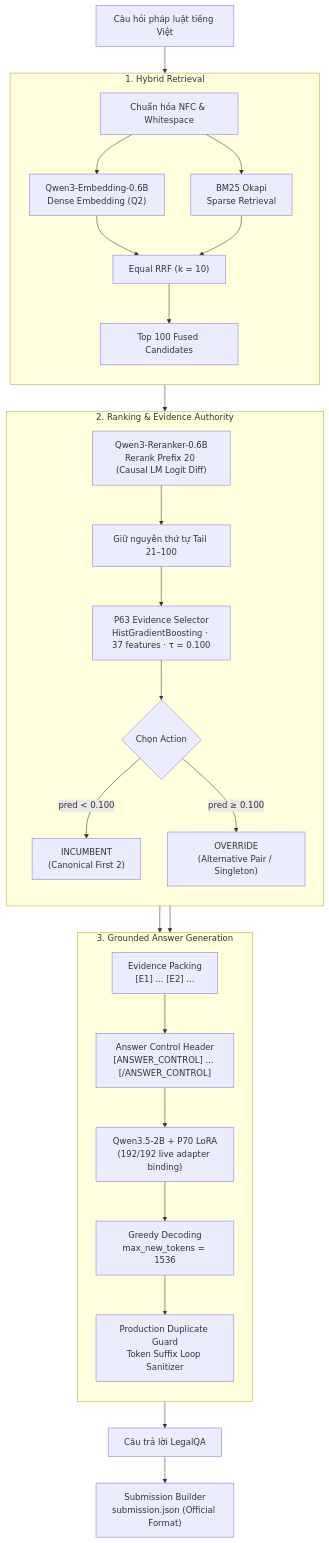
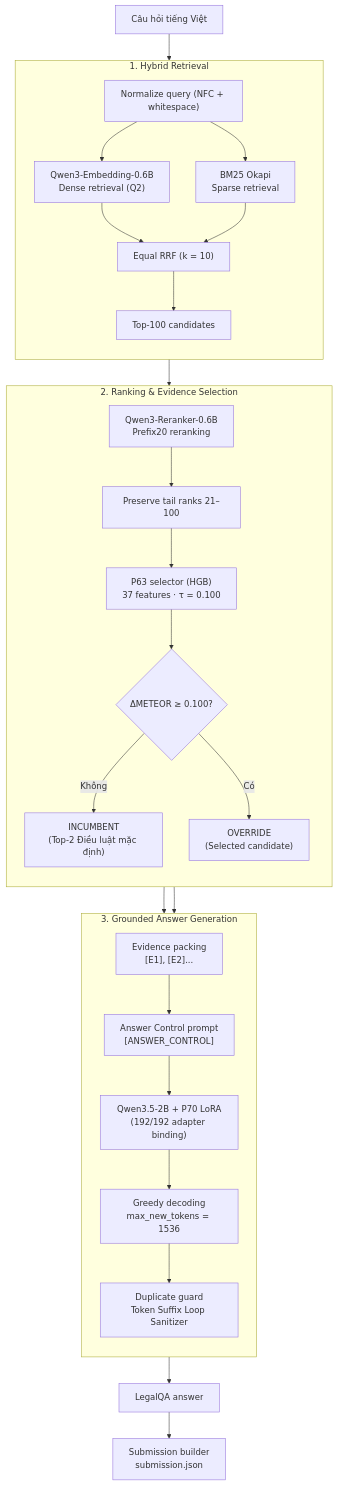
The diagram in docs/diagrams/architecture.mmd (Chef221/DSC-LegalQA), drawn with Mermaid before and after one commit. The commit also changed 12 other files, not shown here.

```diff
--- a/docs/diagrams/architecture.mmd
+++ b/docs/diagrams/architecture.mmd
@@ -1,55 +1,55 @@
 flowchart TD
-    Q["Câu hỏi pháp luật tiếng Việt"] --> SUB1
+    Q["Câu hỏi tiếng Việt"] --> SUB1
 
     subgraph SUB1["1. Hybrid Retrieval"]
         direction TB
-        NORM["Chuẩn hóa NFC & Whitespace"]
-        DENSE["Qwen3-Embedding-0.6B<br/>Dense Embedding (Q2)"]
-        SPARSE["BM25 Okapi<br/>Sparse Retrieval"]
+        NORM["Normalize query (NFC + whitespace)"]
+        DENSE["Qwen3-Embedding-0.6B<br/>Dense retrieval (Q2)"]
+        SPARSE["BM25 Okapi<br/>Sparse retrieval"]
         RRF["Equal RRF (k = 10)"]
-        TOP100["Top 100 Fused Candidates"]
+        TOP100["Top-100 candidates"]
 
         NORM --> DENSE
         NORM --> SPARSE
         DENSE --> RRF
         SPARSE --> RRF
         RRF --> TOP100
     end
 
     TOP100 --> SUB2
 
-    subgraph SUB2["2. Ranking & Evidence Authority"]
+    subgraph SUB2["2. Ranking & Evidence Selection"]
         direction TB
-        RERANK["Qwen3-Reranker-0.6B<br/>Rerank Prefix 20 (Causal LM Logit Diff)"]
-        TAIL["Giữ nguyên thứ tự Tail 21–100"]
-        P63["P63 Evidence Selector<br/>HistGradientBoosting · 37 features · τ = 0.100"]
-        DECIDE{"Chọn Action"}
-        INCUMBENT["INCUMBENT<br/>(Canonical First 2)"]
-        OVERRIDE["OVERRIDE<br/>(Alternative Pair / Singleton)"]
+        RERANK["Qwen3-Reranker-0.6B<br/>Prefix20 reranking"]
+        TAIL["Preserve tail ranks 21–100"]
+        P63["P63 selector (HGB)<br/>37 features · τ = 0.100"]
+        DECIDE{"ΔMETEOR ≥ 0.100?"}
+        INCUMBENT["INCUMBENT<br/>(Top-2 Điều luật mặc định)"]
+        OVERRIDE["OVERRIDE<br/>(Selected candidate)"]
 
         RERANK --> TAIL
         TAIL --> P63
         P63 --> DECIDE
-        DECIDE -->|pred < 0.100| INCUMBENT
-        DECIDE -->|pred ≥ 0.100| OVERRIDE
+        DECIDE -->|Không| INCUMBENT
+        DECIDE -->|Có| OVERRIDE
     end
 
     INCUMBENT --> SUB3
     OVERRIDE --> SUB3
 
     subgraph SUB3["3. Grounded Answer Generation"]
         direction TB
-        PACK["Evidence Packing<br/>[E1] ... [E2] ..."]
-        CTRL["Answer Control Header<br/>[ANSWER_CONTROL] ... [/ANSWER_CONTROL]"]
-        GEN["Qwen3.5-2B + P70 LoRA<br/>(192/192 live adapter binding)"]
-        DECODE["Greedy Decoding<br/>max_new_tokens = 1536"]
-        GUARD["Production Duplicate Guard<br/>Token Suffix Loop Sanitizer"]
+        PACK["Evidence packing<br/>[E1], [E2]..."]
+        CTRL["Answer Control prompt<br/>[ANSWER_CONTROL]"]
+        GEN["Qwen3.5-2B + P70 LoRA<br/>(192/192 adapter binding)"]
+        DECODE["Greedy decoding<br/>max_new_tokens = 1536"]
+        GUARD["Duplicate guard<br/>Token Suffix Loop Sanitizer"]
 
         PACK --> CTRL
         CTRL --> GEN
         GEN --> DECODE
         DECODE --> GUARD
     end
 
-    GUARD --> ANS["Câu trả lời LegalQA"]
-    ANS --> SUBMIT["Submission Builder<br/>submission.json (Official Format)"]
+    GUARD --> ANS["LegalQA answer"]
+    ANS --> SUBMIT["Submission builder<br/>submission.json"]
```
